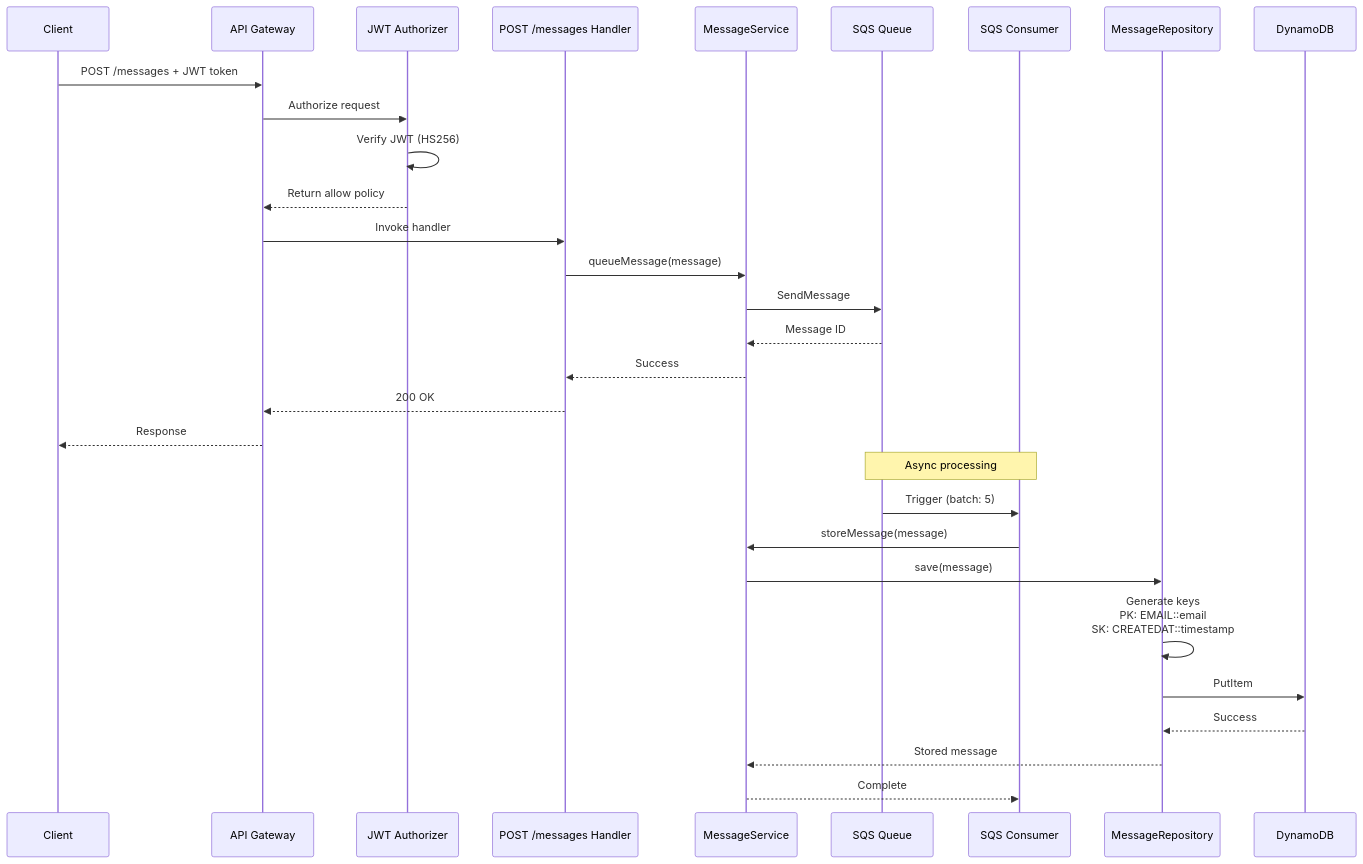
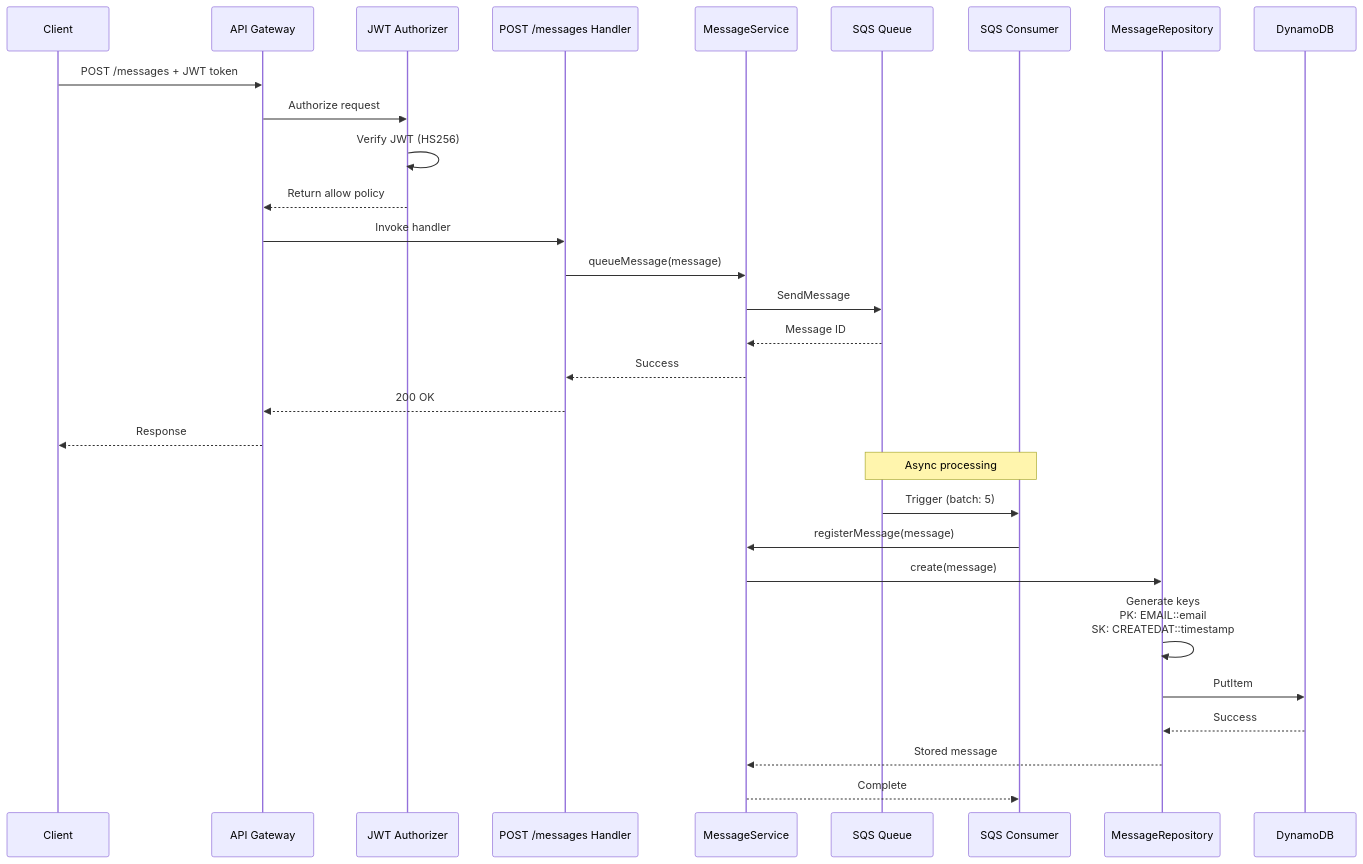
The second of 4 diagrams in docs/ARCHITECTURE.md (rawlinja/serverless-message-retry-cdk), drawn with Mermaid before and after one commit. The commit also changed other lines of this file, not shown here.

Commit message:
docs(architecture): align schedule, lookback window, and method names with code

````diff
--- a/docs/ARCHITECTURE.md
+++ b/docs/ARCHITECTURE.md
@@ -113,34 +118,34 @@
 ```mermaid
 sequenceDiagram
     participant C as Client
     participant AG as API Gateway
     participant A as JWT Authorizer
     participant PH as POST /messages Handler
     participant MS as MessageService
     participant SQ as SQS Queue
     participant SC as SQS Consumer
     participant MR as MessageRepository
     participant DB as DynamoDB
 
     C->>AG: POST /messages + JWT token
     AG->>A: Authorize request
     A->>A: Verify JWT (HS256)
     A-->>AG: Return allow policy
     AG->>PH: Invoke handler
     PH->>MS: queueMessage(message)
     MS->>SQ: SendMessage
     SQ-->>MS: Message ID
     MS-->>PH: Success
     PH-->>AG: 200 OK
     AG-->>C: Response
 
     Note over SQ,SC: Async processing
     SQ->>SC: Trigger (batch: 5)
-    SC->>MS: storeMessage(message)
-    MS->>MR: save(message)
+    SC->>MS: registerMessage(message)
+    MS->>MR: create(message)
     MR->>MR: Generate keys<br/>PK: EMAIL::email<br/>SK: CREATEDAT::timestamp
     MR->>DB: PutItem
     DB-->>MR: Success
     MR-->>MS: Stored message
     MS-->>SC: Complete
 ```
````
